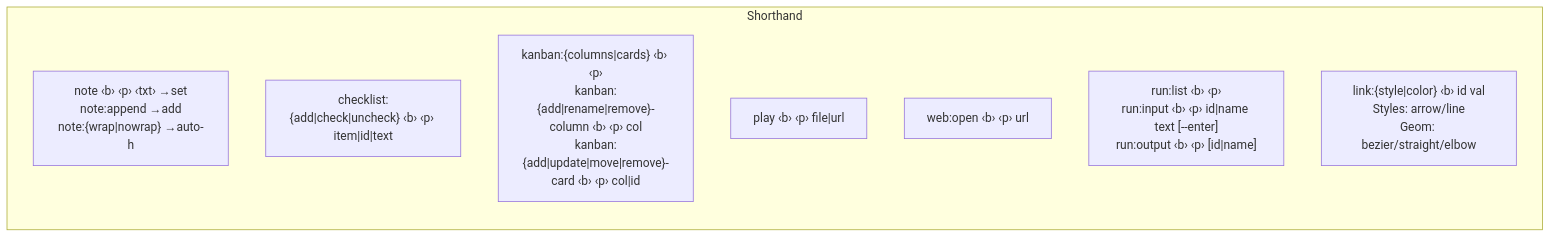
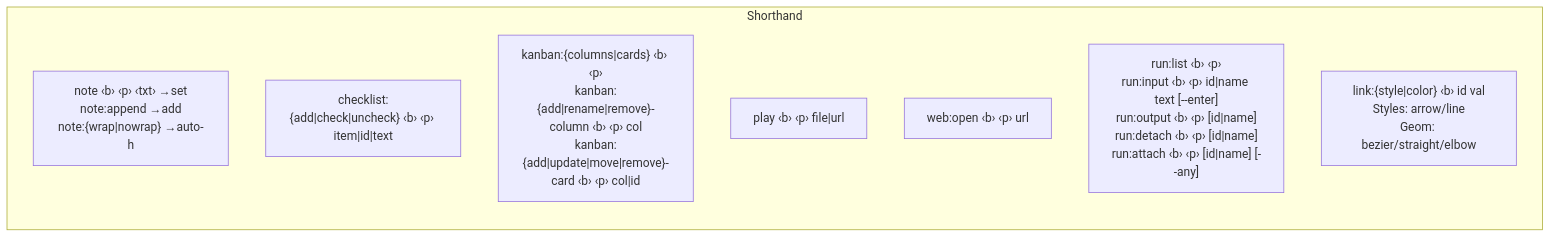
Before and after one commit to IstiN/yoloit: the third of 5 diagrams in docs/cli-mermaid.md, drawn with Mermaid. The commit also changed other lines of this file and 38 other files, not shown here.

````diff
--- a/docs/cli-mermaid.md
+++ b/docs/cli-mermaid.md
@@ -71,12 +71,12 @@
 ```mermaid
 graph LR
     subgraph Shorthand
         note_sh["note ‹b› ‹p› ‹txt› →set<br>note:append →add<br>note:{wrap|nowrap} →auto-h"]
         check_sh["checklist:{add|check|uncheck} ‹b› ‹p› item|id|text"]
         kanban_sh["kanban:{columns|cards} ‹b› ‹p›<br>kanban:{add|rename|remove}-column ‹b› ‹p› col<br>kanban:{add|update|move|remove}-card ‹b› ‹p› col|id"]
         play_sh["play ‹b› ‹p› file|url"]
         web_sh["web:open ‹b› ‹p› url"]
-        run_sh["run:list ‹b› ‹p›<br>run:input ‹b› ‹p› id|name text [--enter]<br>run:output ‹b› ‹p› [id|name]"]
+        run_sh["run:list ‹b› ‹p›<br>run:input ‹b› ‹p› id|name text [--enter]<br>run:output ‹b› ‹p› [id|name]<br>run:detach ‹b› ‹p› [id|name]<br>run:attach ‹b› ‹p› [id|name] [--any]"]
         link_sh["link:{style|color} ‹b› id val<br>Styles: arrow/line<br>Geom: bezier/straight/elbow"]
     end
 ```
````
